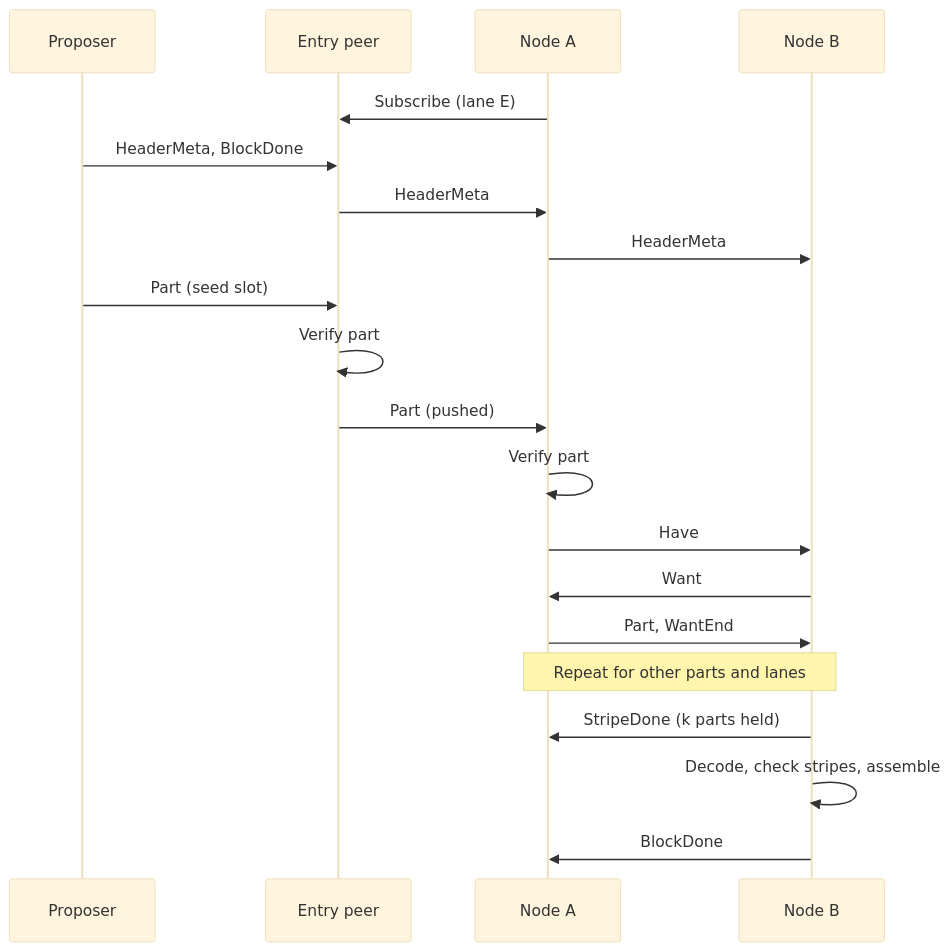
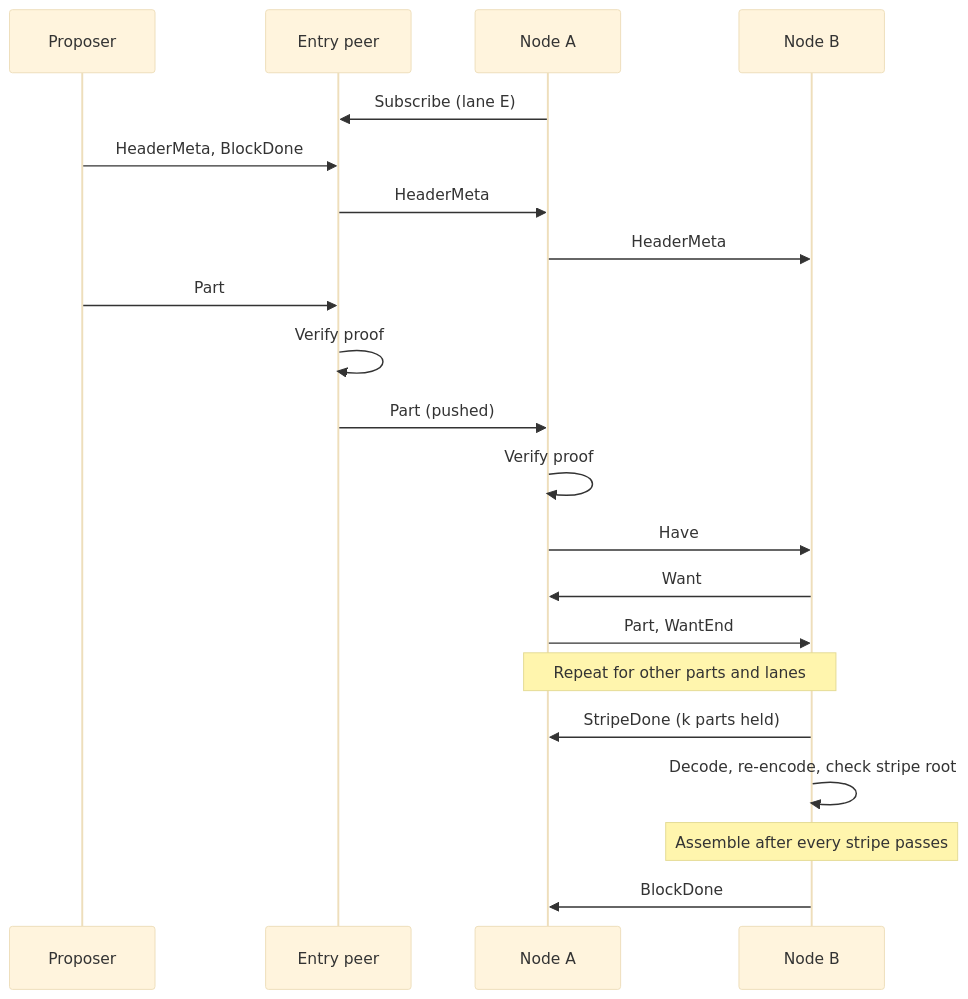
One commit to zakura-core/zakura changed the diagram in docs/design/dogwood.md. Above: the diagram before and after it, drawn with Mermaid (base theme). The commit also changed other lines of this file, not shown here.

````diff
--- a/docs/design/dogwood.md
+++ b/docs/design/dogwood.md
@@ -130,22 +57,23 @@
 ```mermaid
 sequenceDiagram
     participant P as Proposer
     participant E as Entry peer
     participant A as Node A
     participant B as Node B
     A->>E: Subscribe (lane E)
     P->>E: HeaderMeta, BlockDone
     E->>A: HeaderMeta
     A->>B: HeaderMeta
-    P->>E: Part (seed slot)
-    E->>E: Verify part
+    P->>E: Part
+    E->>E: Verify proof
     E->>A: Part (pushed)
-    A->>A: Verify part
+    A->>A: Verify proof
     A->>B: Have
     B->>A: Want
     A->>B: Part, WantEnd
     Note over A,B: Repeat for other parts and lanes
     B->>A: StripeDone (k parts held)
-    B->>B: Decode, check stripes, assemble
+    B->>B: Decode, re-encode, check stripe root
+    Note over B: Assemble after every stripe passes
     B->>A: BlockDone
 ```
````
